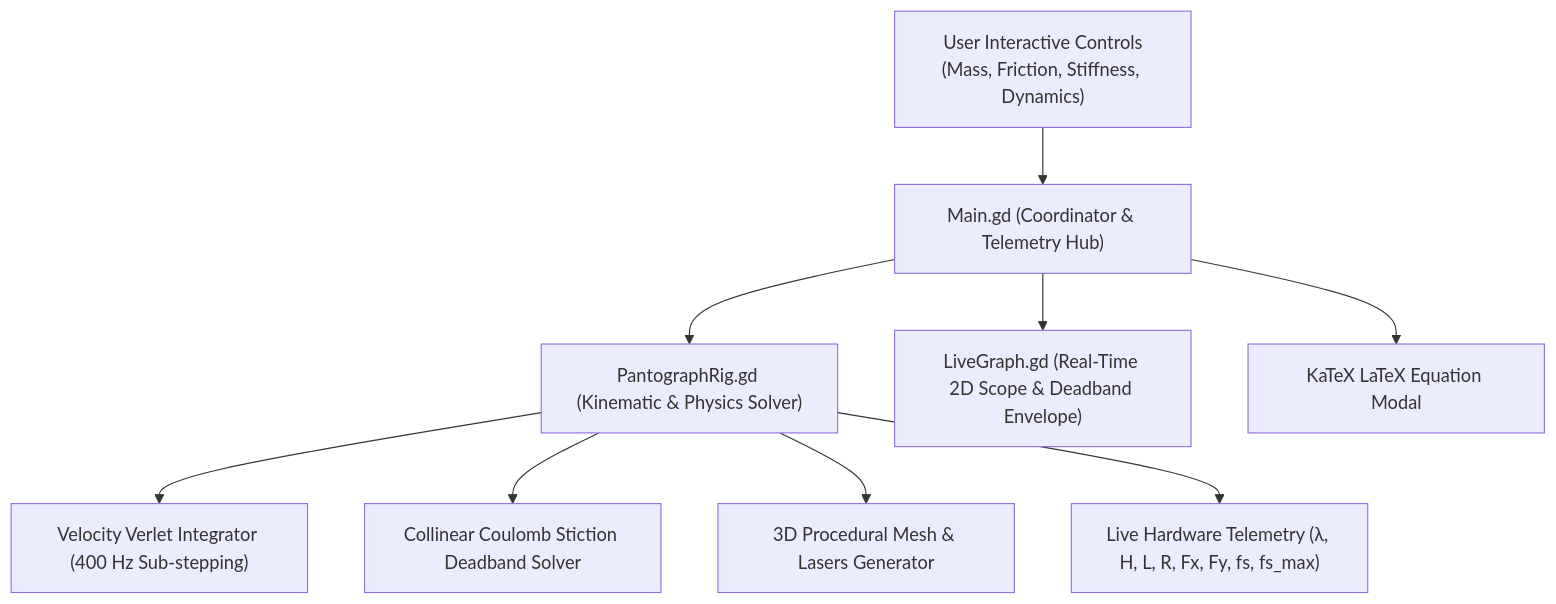
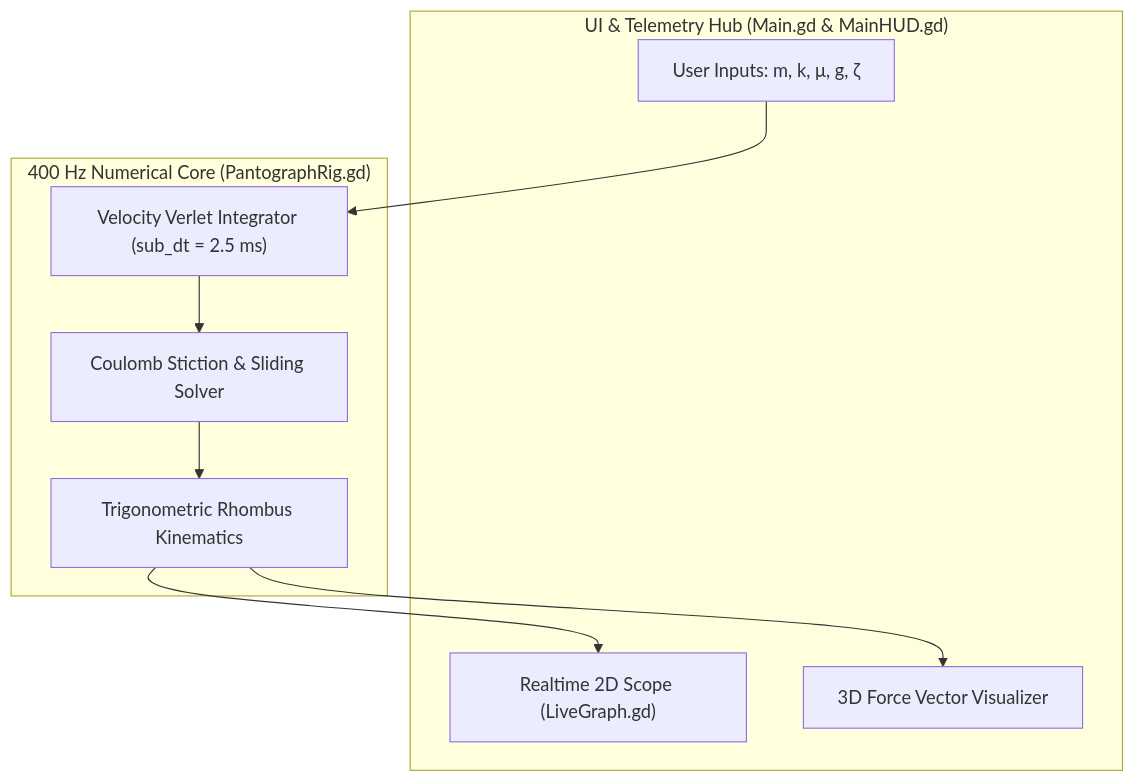
The diagram in README.md (KarenGhardashyan/scissor-mechanism-golden-rule), drawn with Mermaid before and after one commit. The commit also changed other lines of this file, not shown here.

````diff
--- a/README.md
+++ b/README.md
@@ -321,11 +285,20 @@
 ```mermaid
-graph TD
-    A["User Interactive Controls<br>(Mass, Friction, Stiffness, Dynamics)"] --> B["Main.gd (Coordinator & Telemetry Hub)"]
-    B --> C["PantographRig.gd (Kinematic & Physics Solver)"]
-    C --> D["Velocity Verlet Integrator (400 Hz Sub-stepping)"]
-    C --> E["Collinear Coulomb Stiction Deadband Solver"]
-    C --> F["3D Procedural Mesh & Lasers Generator"]
-    B --> G["LiveGraph.gd (Real-Time 2D Scope & Deadband Envelope)"]
-    B --> H["KaTeX LaTeX Equation Modal"]
-    C --> I["Live Hardware Telemetry (λ, H, L, R, Fx, Fy, fs, fs_max)"]
+flowchart TD
+    subgraph UI["UI & Telemetry Hub (Main.gd & MainHUD.gd)"]
+        In["User Inputs: m, k, μ, g, ζ"]
+        Scope["Realtime 2D Scope (LiveGraph.gd)"]
+        Vectors["3D Force Vector Visualizer"]
+    end
+
+    subgraph Solver["400 Hz Numerical Core (PantographRig.gd)"]
+        VV["Velocity Verlet Integrator (sub_dt = 2.5 ms)"]
+        Fric["Coulomb Stiction & Sliding Solver"]
+        Geom["Trigonometric Rhombus Kinematics"]
+    end
+
+    In --> VV
+    VV --> Fric
+    Fric --> Geom
+    Geom --> Scope
+    Geom --> Vectors
 ```
````
